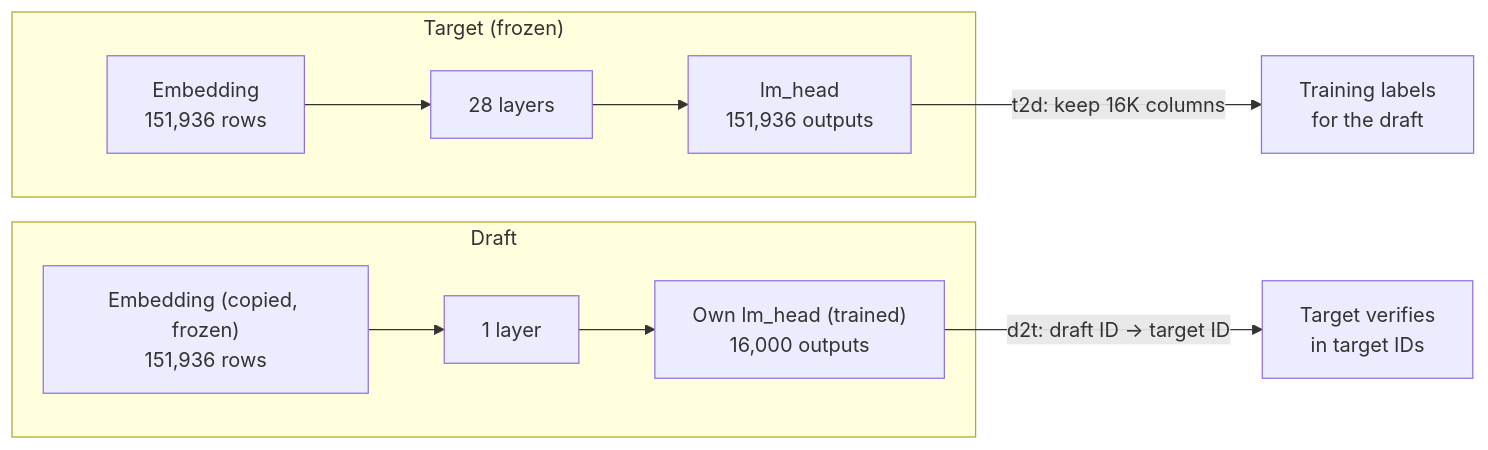
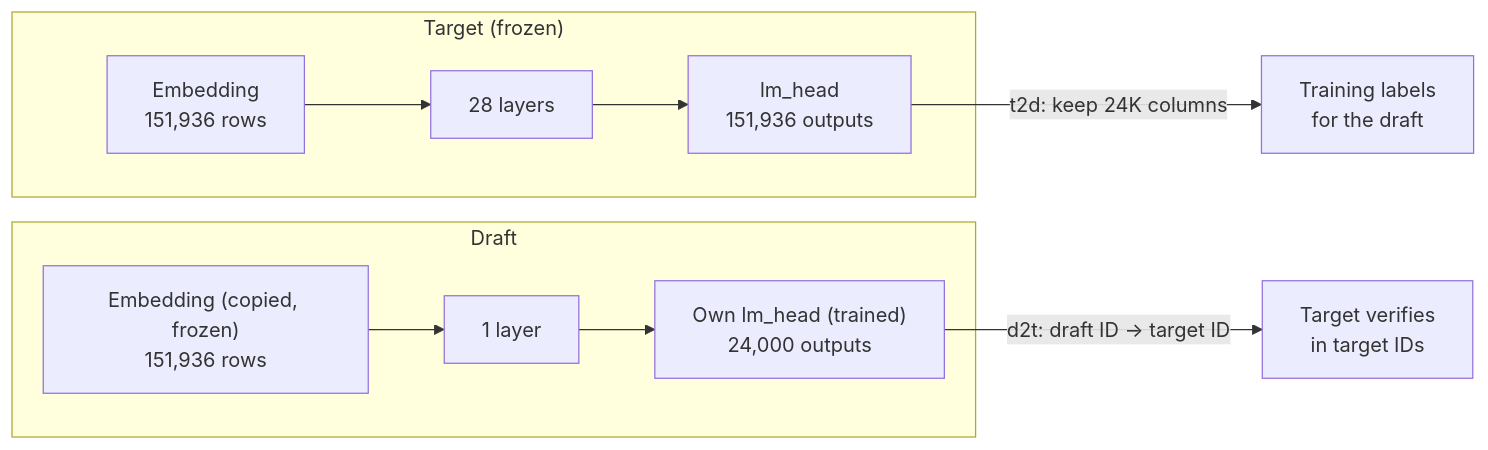
One commit to Gauravp2104/rl-spec-decoding changed the second of 4 diagrams in docs/concepts/vocabulary.md. Above: the diagram before and after it, drawn with Mermaid. The commit also changed other lines of this file and 12 other files, not shown here.

````diff
--- a/docs/concepts/vocabulary.md
+++ b/docs/concepts/vocabulary.md
@@ -38,11 +38,11 @@
 ```mermaid
 flowchart LR
     subgraph Target["Target (frozen)"]
         TE["Embedding<br/>151,936 rows"] --> TL["28 layers"] --> TH["lm_head<br/>151,936 outputs"]
     end
     subgraph Draft["Draft"]
-        DE["Embedding (copied, frozen)<br/>151,936 rows"] --> DL["1 layer"] --> DH["Own lm_head (trained)<br/>16,000 outputs"]
+        DE["Embedding (copied, frozen)<br/>151,936 rows"] --> DL["1 layer"] --> DH["Own lm_head (trained)<br/>24,000 outputs"]
     end
     DH -- "d2t: draft ID → target ID" --> V["Target verifies<br/>in target IDs"]
-    TH -- "t2d: keep 16K columns" --> LBL["Training labels<br/>for the draft"]
+    TH -- "t2d: keep 24K columns" --> LBL["Training labels<br/>for the draft"]
 ```
````
